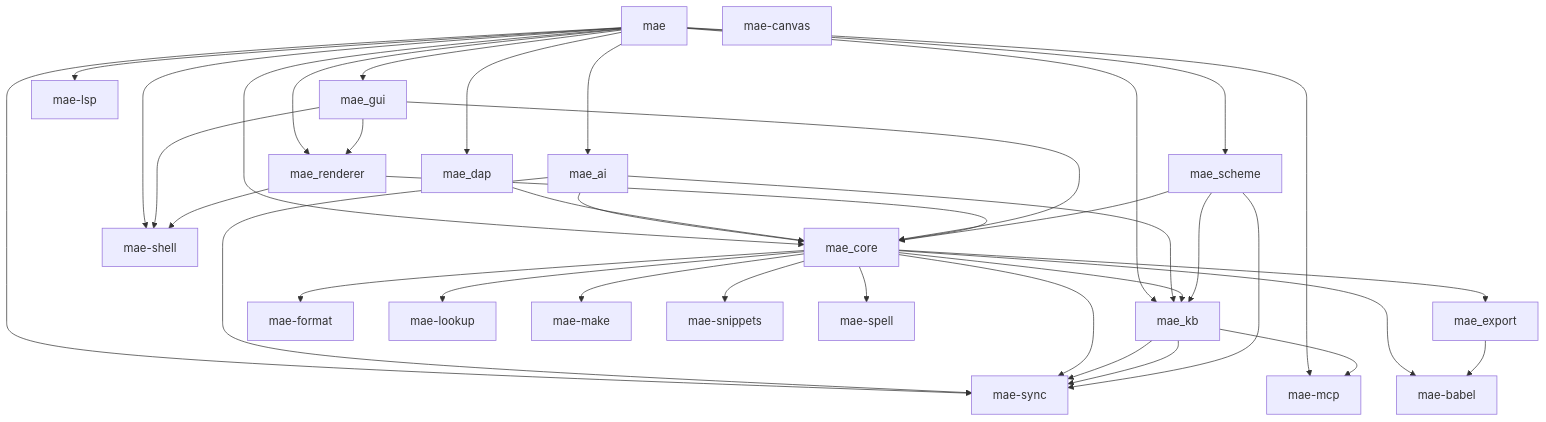
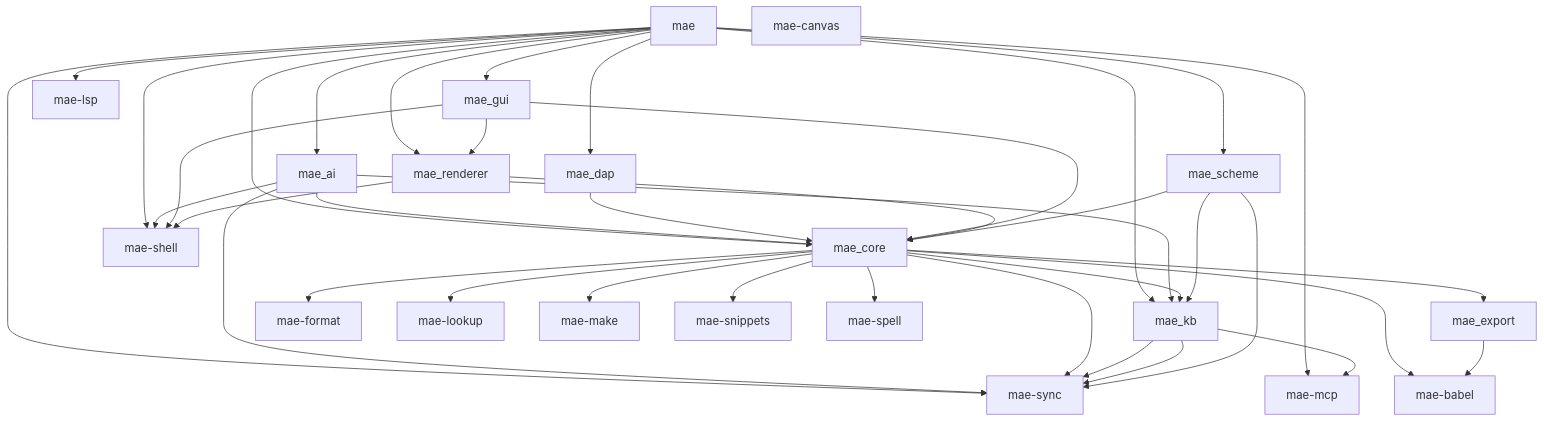
Before and after one commit to cuttlefisch/mae: the diagram in docs/CODE_MAP.md, drawn with Mermaid. The commit also changed other lines of this file and 13 other files, not shown here.

````diff
--- a/docs/CODE_MAP.md
+++ b/docs/CODE_MAP.md
@@ -7,50 +7,51 @@
 ```mermaid
 graph TD
     mae --> mae_ai
     mae --> mae_core
     mae --> mae_dap
     mae --> mae_gui
     mae --> mae_kb
     mae --> mae_lsp
     mae --> mae_mcp
     mae --> mae_renderer
     mae --> mae_scheme
     mae --> mae_shell
     mae --> mae_sync
     mae_ai --> mae_core
     mae_ai --> mae_kb
+    mae_ai --> mae_shell
     mae_ai --> mae_sync
     mae_babel[mae-babel]
     mae_canvas[mae-canvas]
     mae_core --> mae_babel
     mae_core --> mae_export
     mae_core --> mae_format
     mae_core --> mae_kb
     mae_core --> mae_lookup
     mae_core --> mae_make
     mae_core --> mae_snippets
     mae_core --> mae_spell
     mae_core --> mae_sync
     mae_dap --> mae_core
     mae_export --> mae_babel
     mae_format[mae-format]
     mae_gui --> mae_core
     mae_gui --> mae_renderer
     mae_gui --> mae_shell
     mae_kb --> mae_mcp
     mae_kb --> mae_sync
     mae_kb --> mae_sync
     mae_lookup[mae-lookup]
     mae_lsp[mae-lsp]
     mae_make[mae-make]
     mae_mcp[mae-mcp]
     mae_renderer --> mae_core
     mae_renderer --> mae_shell
     mae_scheme --> mae_core
     mae_scheme --> mae_kb
     mae_scheme --> mae_sync
     mae_shell[mae-shell]
     mae_snippets[mae-snippets]
     mae_spell[mae-spell]
     mae_sync[mae-sync]
 ```
````
